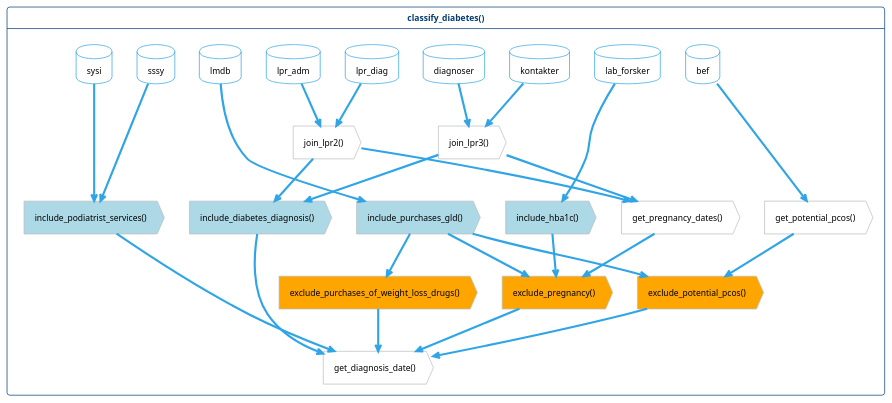
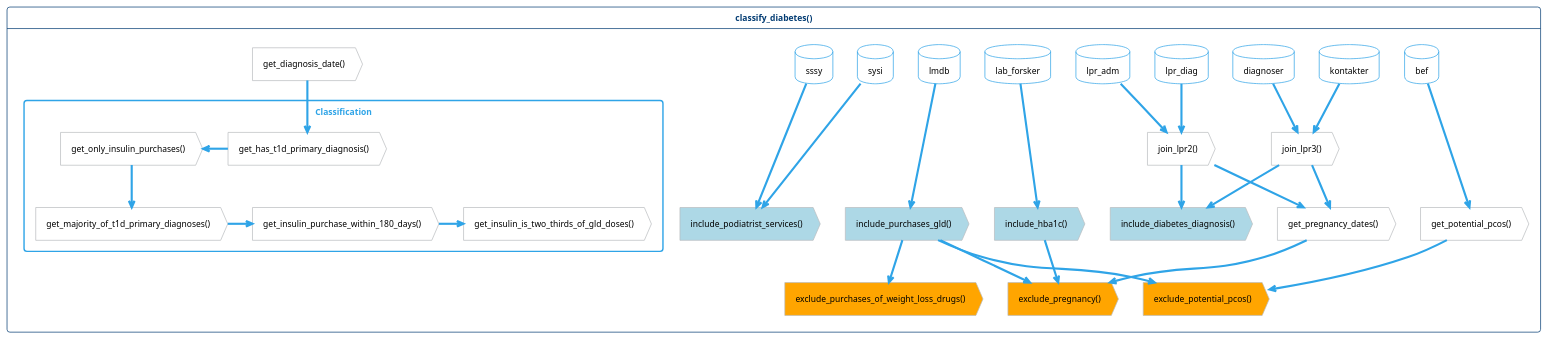
The diagram in vignettes/images/function-flow.puml (steno-aarhus/osdc), drawn with PlantUML before and after one commit.

Commit message:
feat: add classification to function-flow

```diff
--- a/vignettes/images/function-flow.puml
+++ b/vignettes/images/function-flow.puml
@@ -1,86 +1,97 @@
 @startuml function-flow
 !theme cerulean-outline
 <style>
 action {
     FontColor black
 }
 database {
     FontColor black
 }
 .inclusion {
     BackgroundColor lightblue
 }
 .exclusion {
     BackgroundColor orange
 }
 </style>
 
 hide <<inclusion>> stereotype
 hide <<exclusion>> stereotype
 
 card classify_diabetes() as cd {
     together {
         database sssy
         database sysi
         database lpr_diag
         database lpr_adm
         database lmdb
         database lab_forsker
         database kontakter
         database diagnoser
         database bef
     }
 
     action "get_pregnancy_dates()" as pregnancy
     action "get_potential_pcos()" as pcos
     action "get_diagnosis_date()" as diagnosis_date
     action "join_lpr2()" as lpr2
     action "join_lpr3()" as lpr3
 
     together {
         action "exclude_pregnancy()" as ex_pregnancy <<exclusion>>
         action "exclude_purchases_of_weight_loss_drugs()" as ex_wld <<exclusion>>
         action "exclude_potential_pcos()" as ex_pcos <<exclusion>>
     }
 
     together {
         action "include_hba1c()" as in_hba1c <<inclusion>>
         action "include_diabetes_diagnosis()" as in_diagnosis <<inclusion>>
         action "include_podiatrist_services()" as in_podiatrist <<inclusion>>
         action "include_purchases_gld()" as in_gld <<inclusion>>
     }
 
     lpr_diag --> lpr2
     lpr_adm --> lpr2
     kontakter --> lpr3
     diagnoser --> lpr3
 
     lab_forsker --> in_hba1c
     in_hba1c --> ex_pregnancy
 
     lpr2 --> pregnancy
     lpr3 --> pregnancy
     pregnancy -> ex_pregnancy
 
     lpr2 --> in_diagnosis
     lpr3 --> in_diagnosis
 
     sssy --> in_podiatrist
     sysi --> in_podiatrist
     
     lmdb --> in_gld
     in_gld --> ex_pregnancy
     in_gld --> ex_wld
 
     bef --> pcos
     in_gld --> ex_pcos
     pcos --> ex_pcos
 
-    ex_wld --> diagnosis_date
-    ex_pregnancy --> diagnosis_date
-    ex_pcos --> diagnosis_date
-    in_podiatrist --> diagnosis_date
-    in_diagnosis --> diagnosis_date
+'Diabetes type classification
+
+    rectangle Classification {
+        action "get_has_t1d_primary_diagnosis()" as t1d_diagnosis
+        action "get_only_insulin_purchases()" as only_insulins
+        action "get_majority_of_t1d_primary_diagnoses()" as t1d_diagnosis_majority
+        action "get_insulin_purchase_within_180_days()" as insulin_within_180_days
+        action "get_insulin_is_two_thirds_of_gld_doses()" as insulin_is_two_thirds
+    }
+
+    diagnosis_date --> t1d_diagnosis
+    t1d_diagnosis -l-> only_insulins
+    only_insulins -d-> t1d_diagnosis_majority
+    t1d_diagnosis_majority -r-> insulin_within_180_days
+    insulin_within_180_days -r-> insulin_is_two_thirds
+    
 
 }
 @enduml
```
